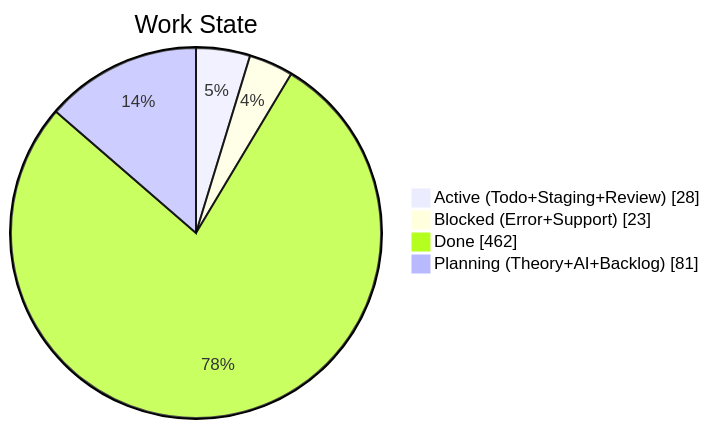
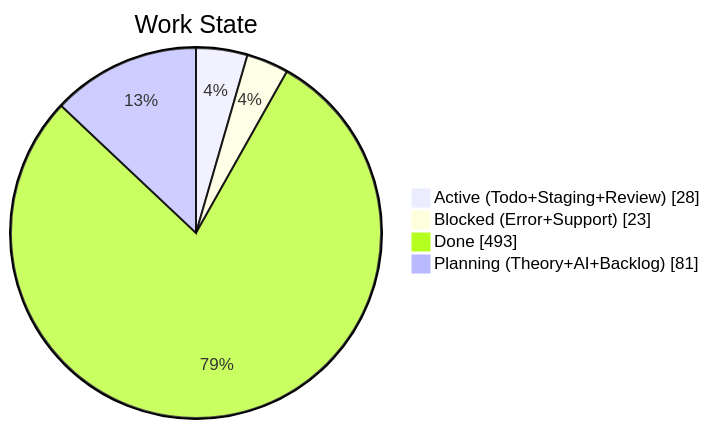
One commit to KBVE/kbve changed the second of 4 diagrams in apps/kbve/astro-kbve/src/content/docs/dashboard/kanban-data.mdx. Above: the diagram before and after it, drawn with Mermaid. The commit also changed other lines of this file and 2 other files, not shown here.

````diff
--- a/apps/kbve/astro-kbve/src/content/docs/dashboard/kanban-data.mdx
+++ b/apps/kbve/astro-kbve/src/content/docs/dashboard/kanban-data.mdx
@@ -204,8 +204,8 @@
 ```mermaid
 pie showData
     title Work State
     "Active (Todo+Staging+Review)" : 28
     "Blocked (Error+Support)" : 23
-    "Done" : 462
+    "Done" : 493
     "Planning (Theory+AI+Backlog)" : 81
 ```
````
